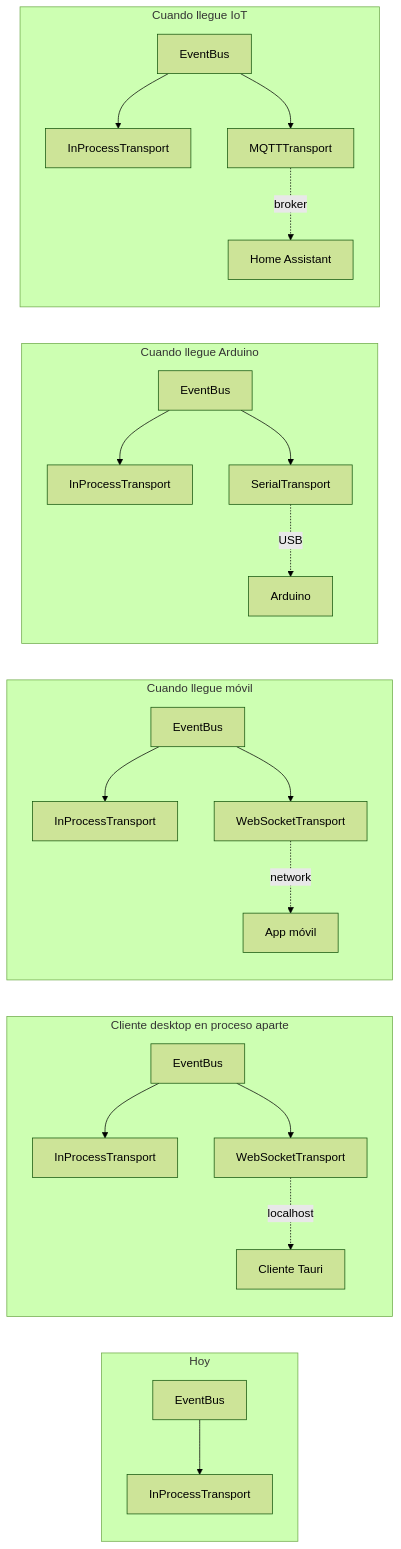
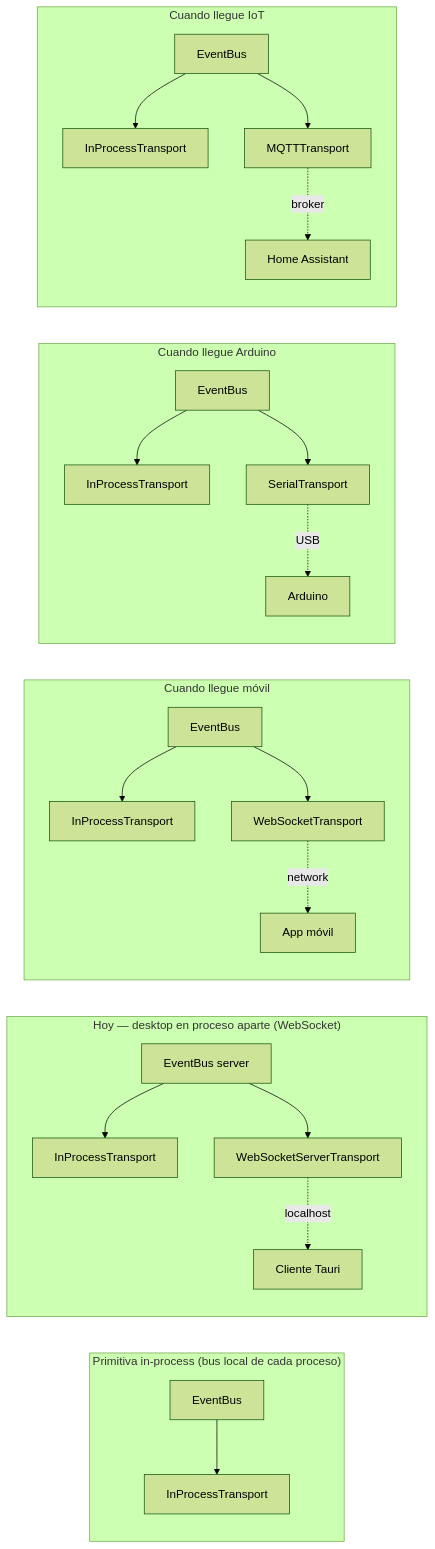
Before and after one commit to Pipelol0723/proyecto-shiro: the tenth of 10 diagrams in docs/architecture.md, drawn with Mermaid (forest theme). The commit also changed other lines of this file and 8 other files, not shown here.

````diff
--- a/docs/architecture.md
+++ b/docs/architecture.md
@@ -640,30 +675,30 @@
 ```mermaid
 graph LR
-    subgraph "Hoy"
+    subgraph "Primitiva in-process (bus local de cada proceso)"
         Bus1[EventBus] --> IPT1[InProcessTransport]
     end
 
-    subgraph "Cliente desktop en proceso aparte"
-        Bus2[EventBus] --> IPT2[InProcessTransport]
-        Bus2 --> WSDesk[WebSocketTransport]
+    subgraph "Hoy — desktop en proceso aparte (WebSocket)"
+        Bus2[EventBus server] --> IPT2[InProcessTransport]
+        Bus2 --> WSDesk[WebSocketServerTransport]
         WSDesk -.localhost.-> ClientDesk[Cliente Tauri]
     end
 
     subgraph "Cuando llegue móvil"
         Bus3[EventBus] --> IPT3[InProcessTransport]
         Bus3 --> WSMob[WebSocketTransport]
         WSMob -.network.-> Mobile[App móvil]
     end
 
     subgraph "Cuando llegue Arduino"
         Bus4[EventBus] --> IPT4[InProcessTransport]
         Bus4 --> Ser[SerialTransport]
         Ser -.USB.-> Ard[Arduino]
     end
 
     subgraph "Cuando llegue IoT"
         Bus5[EventBus] --> IPT5[InProcessTransport]
         Bus5 --> MQTT[MQTTTransport]
         MQTT -.broker.-> HA[Home Assistant]
     end
 ```
````
